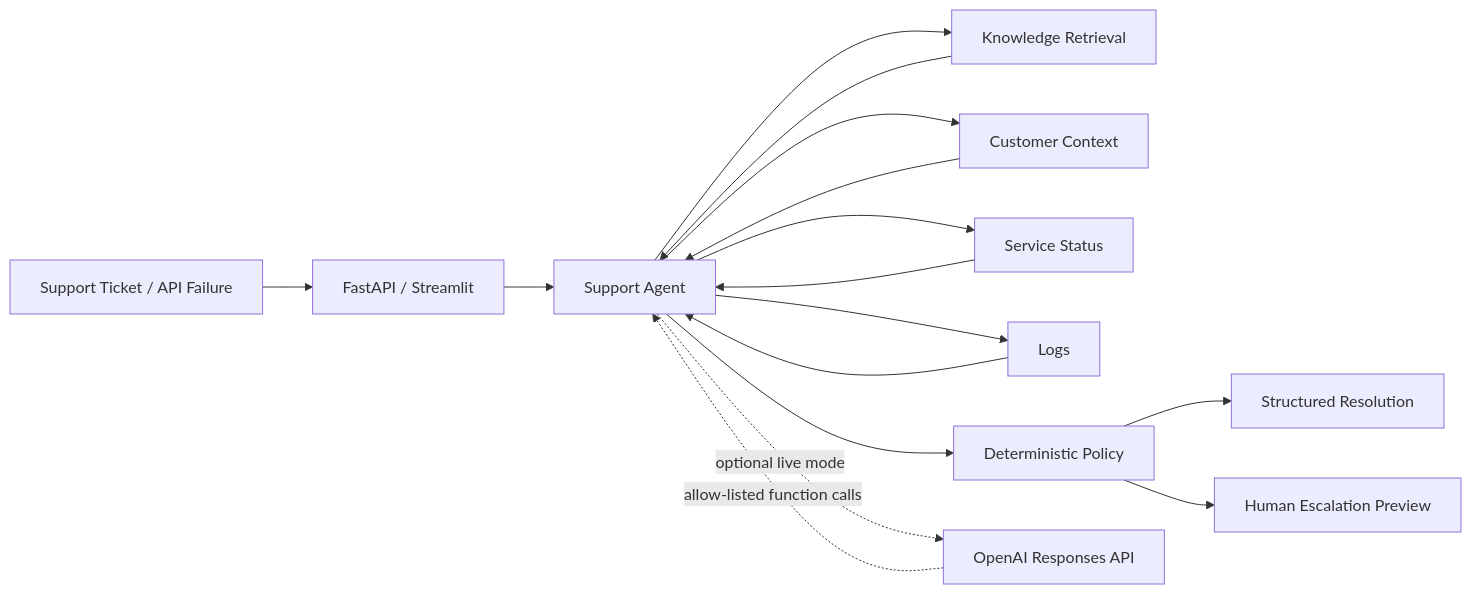
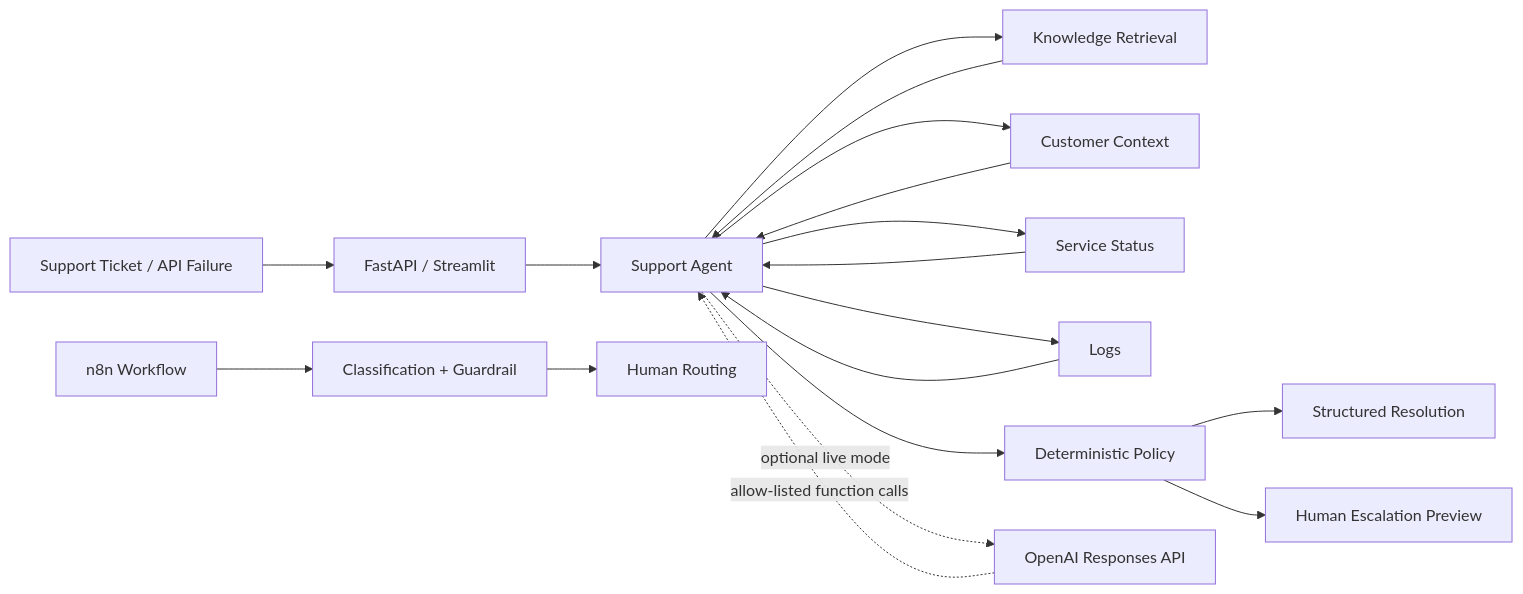
The diagram in README.md (danecodesnc/hello-world), drawn with Mermaid before and after one commit. The commit also changed other lines of this file, not shown here.

````diff
--- a/README.md
+++ b/README.md
@@ -59,18 +61,20 @@
 ```mermaid
 flowchart LR
     U[Support Ticket / API Failure] --> API[FastAPI / Streamlit]
     API --> A[Support Agent]
     A --> KB[Knowledge Retrieval]
     A --> C[Customer Context]
     A --> S[Service Status]
     A --> L[Logs]
     KB --> A
     C --> A
     S --> A
     L --> A
     A --> P[Deterministic Policy]
     P --> R[Structured Resolution]
     P --> H[Human Escalation Preview]
     A -. optional live mode .-> LLM[OpenAI Responses API]
     LLM -. allow-listed function calls .-> A
+    N[n8n Workflow] --> G[Classification + Guardrail]
+    G --> HR[Human Routing]
 ```
````
